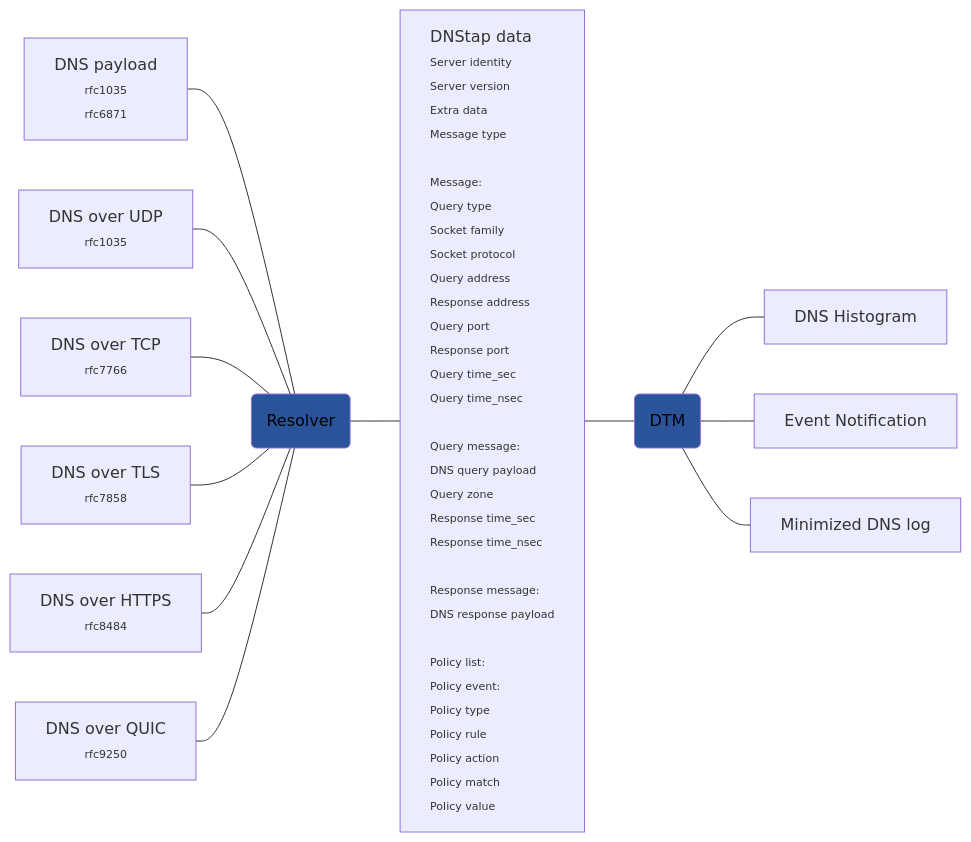
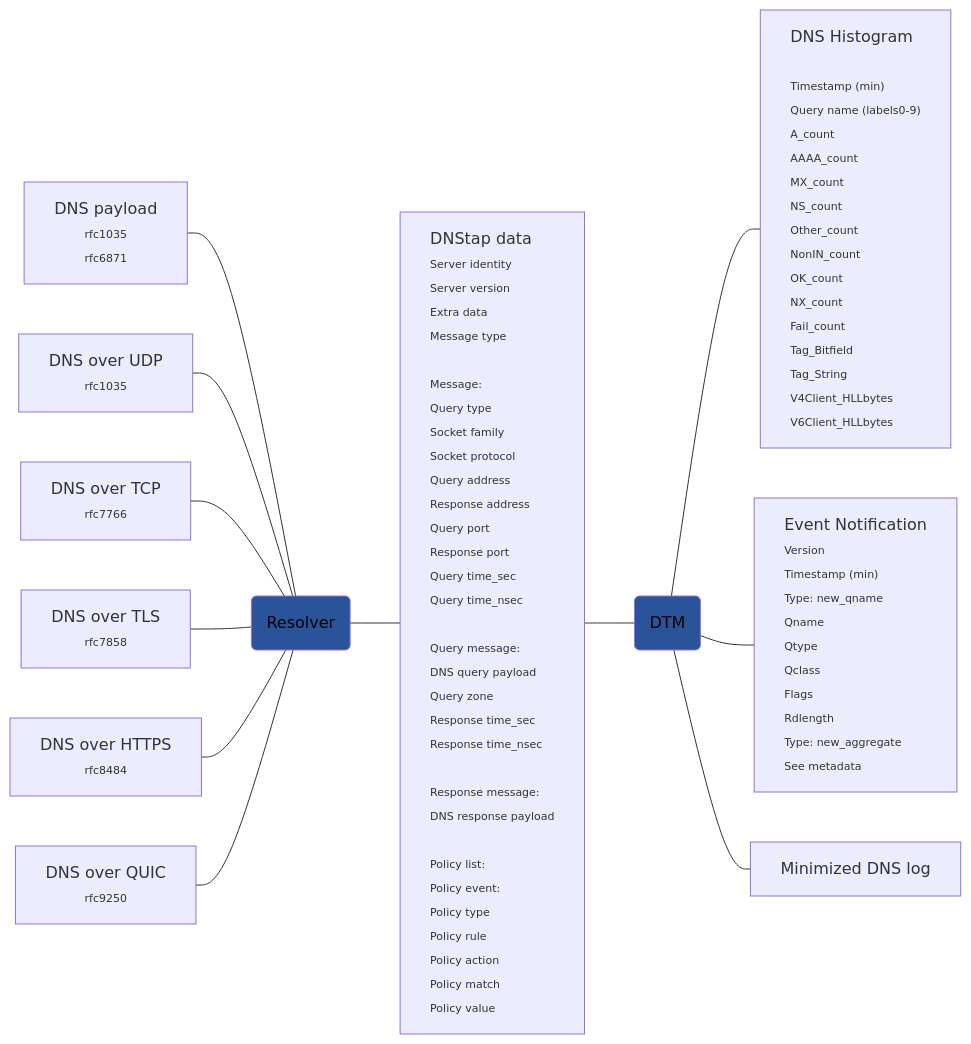
The diagram in dnsdataflow.md (dnstapir/datasets), drawn with Mermaid before and after one commit.

````diff
--- a/dnsdataflow.md
+++ b/dnsdataflow.md
@@ -61,12 +61,40 @@
 Policy action
 Policy match
 Policy value
-</span>]
+</span>]:::left
 T --- DTM(DTM):::service
-DTM --- Hist[DNS Histogram]
-DTM --- Event[Event Notification]
+DTM --- Hist["DNS Histogram
+<span style='font-size:11px;'>
+Timestamp (min)
+Query name (labels0-9)
+A_count
+AAAA_count
+MX_count
+NS_count
+Other_count
+NonIN_count
+OK_count
+NX_count
+Fail_count
+Tag_Bitfield
+Tag_String
+V4Client_HLLbytes
+V6Client_HLLbytes</span>
+"]:::left
+DTM --- Event["Event Notification
+<span style='font-size:11px;'>Version
+Timestamp (min)
+Type: new_qname
+Qname
+Qtype
+Qclass
+Flags
+Rdlength
+Type: new_aggregate
+See metadata</span>
+"]:::left
 DTM --- Mini[Minimized DNS log]
 
 classDef service fill:#295499,color:#000
-style T text-align:left
+classDef left text-align:left
 ```
````
